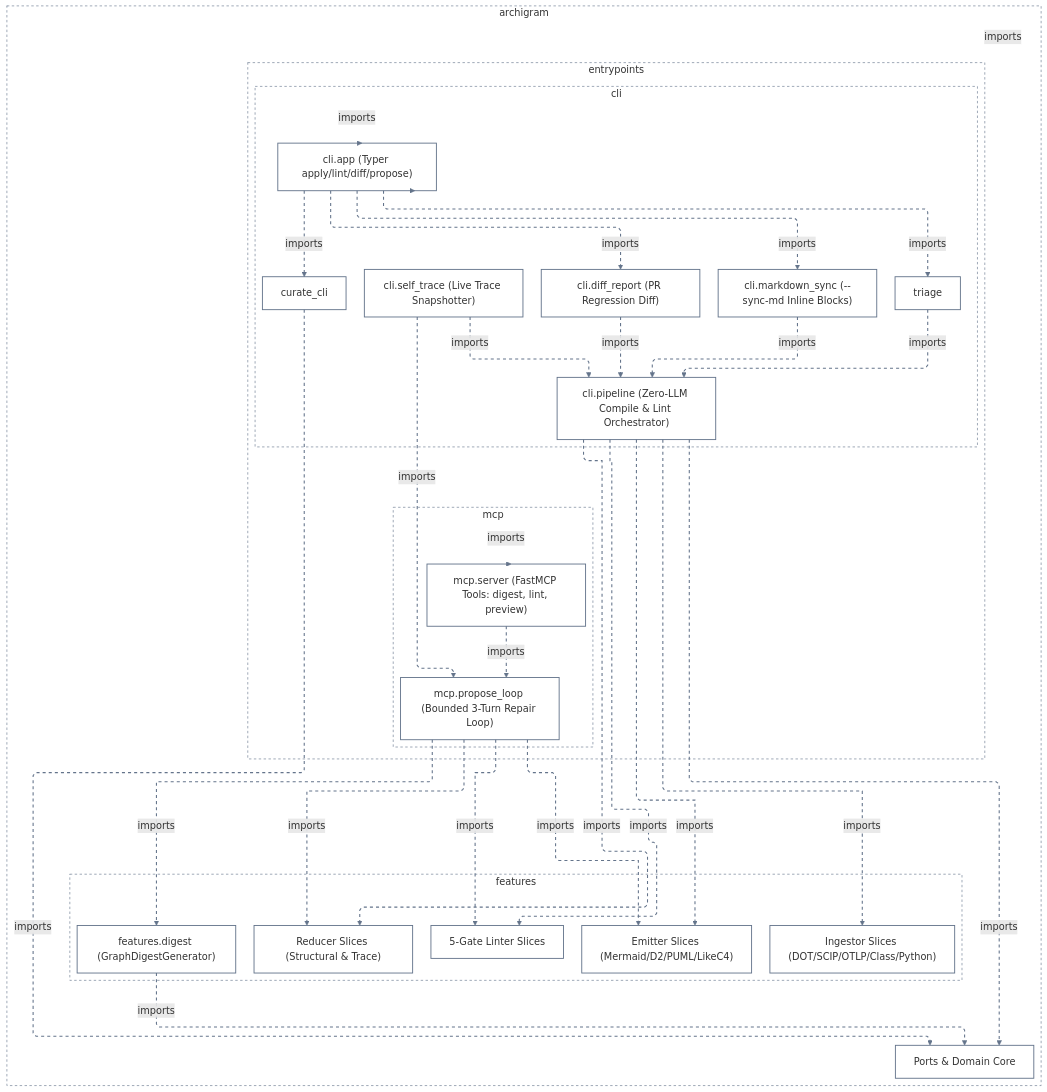
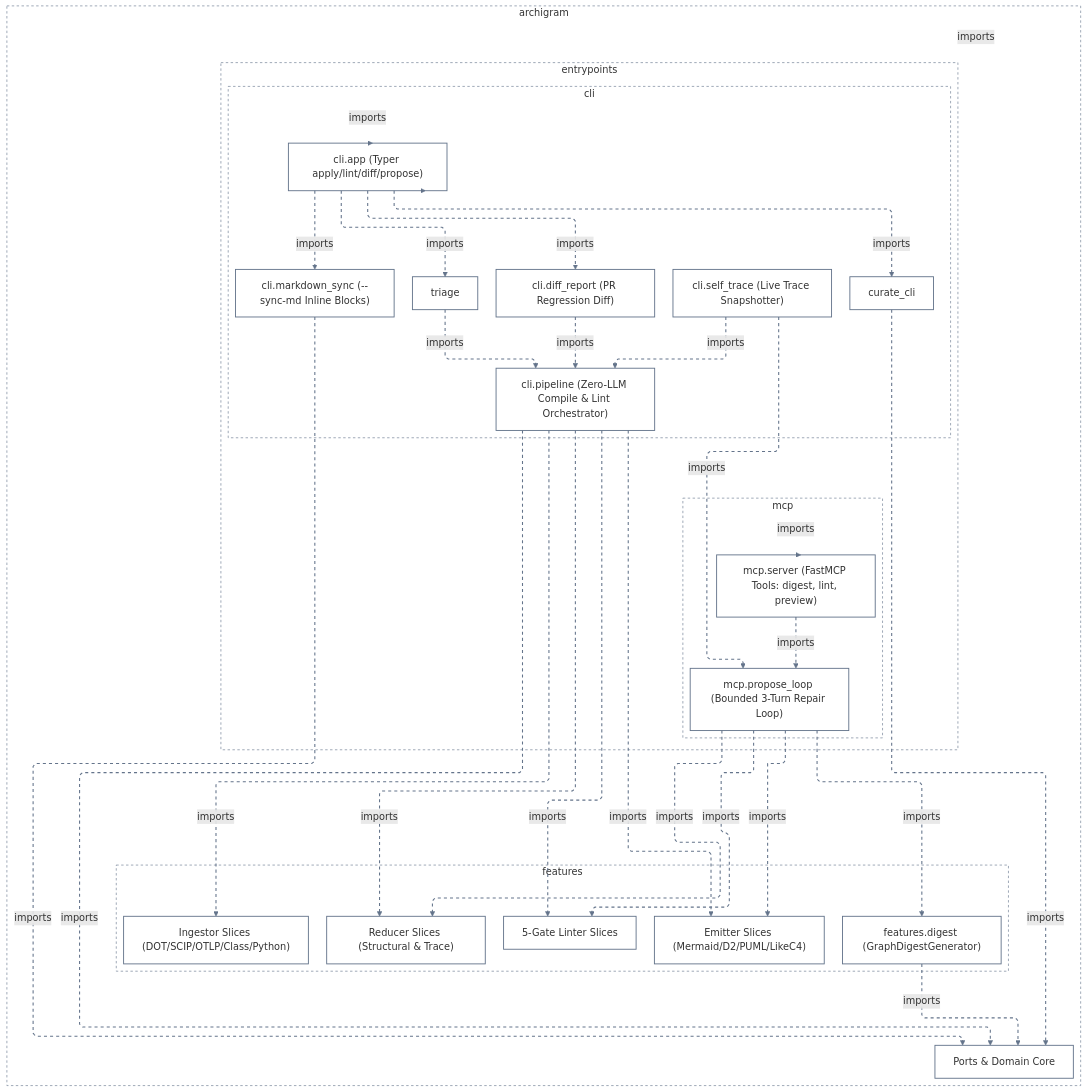
The diagram in docs/architecture/diagrams/l2d_cli_and_mcp_adapters_mermaid.mmd (klcd/archigram), drawn with Mermaid before and after one commit. The commit also changed 39 other files, not shown here.

```diff
--- a/docs/architecture/diagrams/l2d_cli_and_mcp_adapters_mermaid.mmd
+++ b/docs/architecture/diagrams/l2d_cli_and_mcp_adapters_mermaid.mmd
@@ -1,67 +1,67 @@
 ---
 config:
   layout: elk
   elk:
     mergeEdges: false
     nodePlacementStrategy: BRANDES_KOEPF
   flowchart:
     defaultRenderer: elk
     curve: linear
 ---
 flowchart TD
   classDef default fill:transparent,stroke:#64748b,stroke-width:1.5px
   subgraph n0["archigram"]
     subgraph n1["entrypoints"]
       subgraph n2["cli"]
         n3["curate_cli"]
         n4["triage"]
         n7["cli.app (Typer apply/lint/diff/propose)"]
         n8["cli.diff_report (PR Regression Diff)"]
         n9["cli.markdown_sync (--sync-md Inline Blocks)"]
         n10["cli.pipeline (Zero-LLM Compile & Lint Orchestrator)"]
         n11["cli.self_trace (Live Trace Snapshotter)"]
       end
       subgraph n5["mcp"]
         n17["mcp.propose_loop (Bounded 3-Turn Repair Loop)"]
         n18["mcp.server (FastMCP Tools: digest, lint, preview)"]
       end
     end
     subgraph n6["features"]
       n12["features.digest (GraphDigestGenerator)"]
       n13["Emitter Slices (Mermaid/D2/PUML/LikeC4)"]
       n14["Ingestor Slices (DOT/SCIP/OTLP/Class/Python)"]
       n15["5-Gate Linter Slices"]
       n16["Reducer Slices (Structural & Trace)"]
     end
     n19["Ports & Domain Core"]
   end
   style n0 fill:transparent,stroke:#64748b,stroke-width:1px,stroke-dasharray:4 4
   style n1 fill:transparent,stroke:#64748b,stroke-width:1px,stroke-dasharray:4 4
   style n2 fill:transparent,stroke:#64748b,stroke-width:1px,stroke-dasharray:4 4
   style n5 fill:transparent,stroke:#64748b,stroke-width:1px,stroke-dasharray:4 4
   style n6 fill:transparent,stroke:#64748b,stroke-width:1px,stroke-dasharray:4 4
   n7 -.->|"imports"| n3
   n7 -.->|"imports"| n4
   n2 -.->|"imports"| n7
   n7 -.->|"imports"| n0
   n8 -.->|"imports"| n10
   n7 -.->|"imports"| n8
-  n9 -.->|"imports"| n10
   n7 -.->|"imports"| n9
   n4 -.->|"imports"| n10
   n11 -.->|"imports"| n10
   n17 -.->|"imports"| n12
   n17 -.->|"imports"| n13
   n10 -.->|"imports"| n13
   n10 -.->|"imports"| n14
   n17 -.->|"imports"| n15
   n10 -.->|"imports"| n15
   n11 -.->|"imports"| n17
   n18 -.->|"imports"| n17
   n5 -.->|"imports"| n18
   n12 -.->|"imports"| n19
+  n9 -.->|"imports"| n19
   n3 -.->|"imports"| n19
   n10 -.->|"imports"| n19
   n17 -.->|"imports"| n16
   n10 -.->|"imports"| n16
   linkStyle 0,1,2,3,4,5,6,7,8,9,10,11,12,13,14,15,16,17,18,19,20,21,22,23 stroke:#64748b,stroke-width:1.75px,stroke-dasharray:5 5
```
